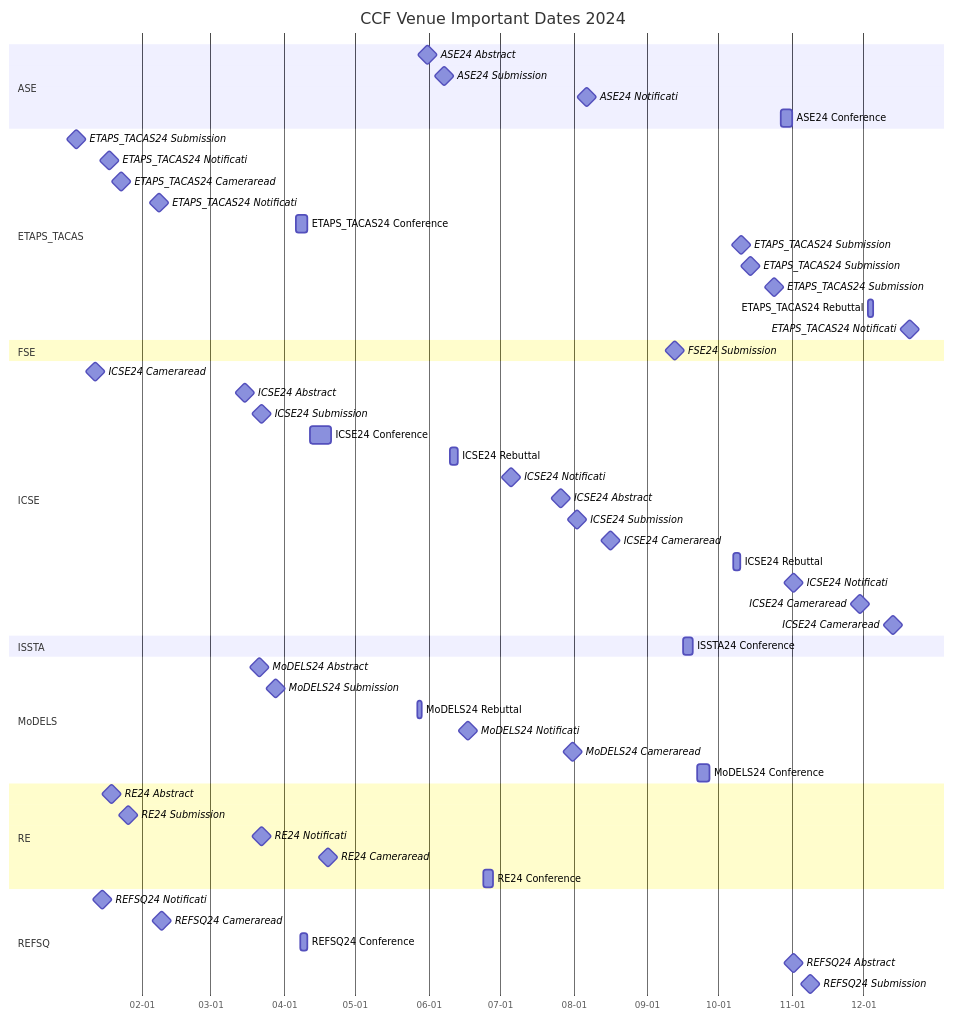
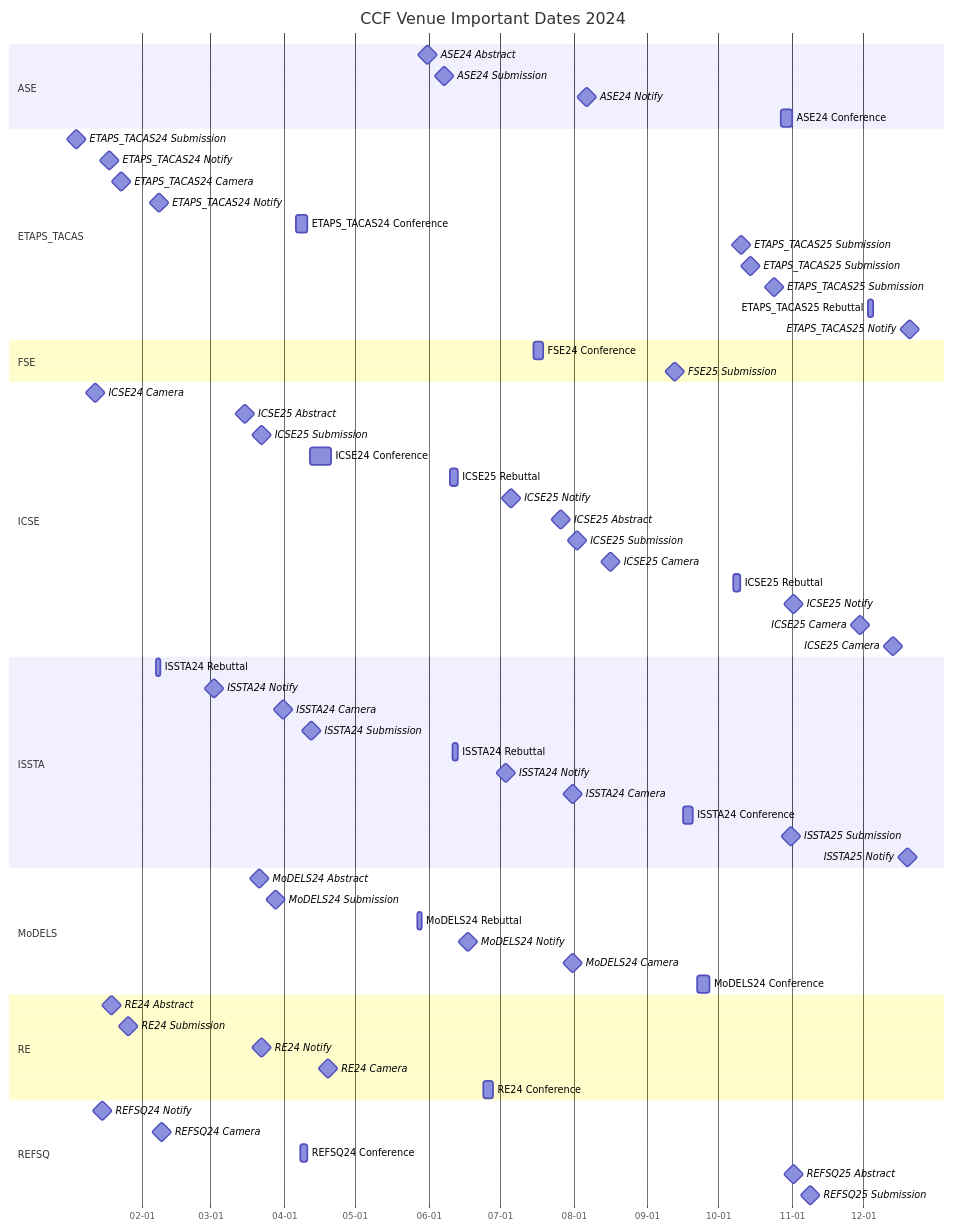
One commit to HansBug/research_ideas changed the fifth of 9 diagrams in ccf_venues/TIMELINE.md. Above: the diagram before and after it, drawn with Mermaid. The commit also changed other lines of this file and 41 other files, not shown here.

````diff
--- a/ccf_venues/TIMELINE.md
+++ b/ccf_venues/TIMELINE.md
@@ -454,68 +473,78 @@
 ```mermaid
 gantt
   title CCF Venue Important Dates 2024
   dateFormat YYYY-MM-DD
   axisFormat %m-%d
 
   section ASE
   ASE24 Abstract :milestone, ase_2024_1_20240531, 2024-05-31, 1d
   ASE24 Submission :milestone, ase_2024_2_20240607, 2024-06-07, 1d
-  ASE24 Notificati :milestone, ase_2024_3_20240806, 2024-08-06, 1d
+  ASE24 Notify :milestone, ase_2024_3_20240806, 2024-08-06, 1d
   ASE24 Conference :ase_2024_4_20241027, 2024-10-27, 2024-11-01
 
   section ETAPS_TACAS
   ETAPS_TACAS24 Submission :milestone, etaps_tacas_2024_1_20240104, 2024-01-04, 1d
-  ETAPS_TACAS24 Notificati :milestone, etaps_tacas_2024_2_20240118, 2024-01-18, 1d
-  ETAPS_TACAS24 Cameraread :milestone, etaps_tacas_2024_3_20240123, 2024-01-23, 1d
-  ETAPS_TACAS24 Notificati :milestone, etaps_tacas_2024_4_20240208, 2024-02-08, 1d
+  ETAPS_TACAS24 Notify :milestone, etaps_tacas_2024_2_20240118, 2024-01-18, 1d
+  ETAPS_TACAS24 Camera :milestone, etaps_tacas_2024_3_20240123, 2024-01-23, 1d
+  ETAPS_TACAS24 Notify :milestone, etaps_tacas_2024_4_20240208, 2024-02-08, 1d
   ETAPS_TACAS24 Conference :etaps_tacas_2024_5_20240406, 2024-04-06, 2024-04-11
-  ETAPS_TACAS24 Submission :milestone, etaps_tacas_2024_6_20241010, 2024-10-10, 1d
-  ETAPS_TACAS24 Submission :milestone, etaps_tacas_2024_7_20241014, 2024-10-14, 1d
-  ETAPS_TACAS24 Submission :milestone, etaps_tacas_2024_8_20241024, 2024-10-24, 1d
-  ETAPS_TACAS24 Rebuttal :etaps_tacas_2024_9_20241203, 2024-12-03, 2024-12-05
-  ETAPS_TACAS24 Notificati :milestone, etaps_tacas_2024_10_20241220, 2024-12-20, 1d
+  ETAPS_TACAS25 Submission :milestone, etaps_tacas_2024_6_20241010, 2024-10-10, 1d
+  ETAPS_TACAS25 Submission :milestone, etaps_tacas_2024_7_20241014, 2024-10-14, 1d
+  ETAPS_TACAS25 Submission :milestone, etaps_tacas_2024_8_20241024, 2024-10-24, 1d
+  ETAPS_TACAS25 Rebuttal :etaps_tacas_2024_9_20241203, 2024-12-03, 2024-12-05
+  ETAPS_TACAS25 Notify :milestone, etaps_tacas_2024_10_20241220, 2024-12-20, 1d
 
   section FSE
-  FSE24 Submission :milestone, fse_2024_1_20240912, 2024-09-12, 1d
+  FSE24 Conference :fse_2024_1_20240715, 2024-07-15, 2024-07-19
+  FSE25 Submission :milestone, fse_2024_2_20240912, 2024-09-12, 1d
 
   section ICSE
-  ICSE24 Cameraread :milestone, icse_2024_1_20240112, 2024-01-12, 1d
-  ICSE24 Abstract :milestone, icse_2024_2_20240315, 2024-03-15, 1d
-  ICSE24 Submission :milestone, icse_2024_3_20240322, 2024-03-22, 1d
+  ICSE24 Camera :milestone, icse_2024_1_20240112, 2024-01-12, 1d
+  ICSE25 Abstract :milestone, icse_2024_2_20240315, 2024-03-15, 1d
+  ICSE25 Submission :milestone, icse_2024_3_20240322, 2024-03-22, 1d
   ICSE24 Conference :icse_2024_4_20240412, 2024-04-12, 2024-04-21
-  ICSE24 Rebuttal :icse_2024_5_20240610, 2024-06-10, 2024-06-13
-  ICSE24 Notificati :milestone, icse_2024_6_20240705, 2024-07-05, 1d
-  ICSE24 Abstract :milestone, icse_2024_7_20240726, 2024-07-26, 1d
-  ICSE24 Submission :milestone, icse_2024_8_20240802, 2024-08-02, 1d
-  ICSE24 Cameraread :milestone, icse_2024_9_20240816, 2024-08-16, 1d
-  ICSE24 Rebuttal :icse_2024_10_20241007, 2024-10-07, 2024-10-10
-  ICSE24 Notificati :milestone, icse_2024_11_20241101, 2024-11-01, 1d
-  ICSE24 Cameraread :milestone, icse_2024_12_20241129, 2024-11-29, 1d
-  ICSE24 Cameraread :milestone, icse_2024_13_20241213, 2024-12-13, 1d
+  ICSE25 Rebuttal :icse_2024_5_20240610, 2024-06-10, 2024-06-13
+  ICSE25 Notify :milestone, icse_2024_6_20240705, 2024-07-05, 1d
+  ICSE25 Abstract :milestone, icse_2024_7_20240726, 2024-07-26, 1d
+  ICSE25 Submission :milestone, icse_2024_8_20240802, 2024-08-02, 1d
+  ICSE25 Camera :milestone, icse_2024_9_20240816, 2024-08-16, 1d
+  ICSE25 Rebuttal :icse_2024_10_20241007, 2024-10-07, 2024-10-10
+  ICSE25 Notify :milestone, icse_2024_11_20241101, 2024-11-01, 1d
+  ICSE25 Camera :milestone, icse_2024_12_20241129, 2024-11-29, 1d
+  ICSE25 Camera :milestone, icse_2024_13_20241213, 2024-12-13, 1d
 
   section ISSTA
-  ISSTA24 Conference :issta_2024_1_20240916, 2024-09-16, 2024-09-20
+  ISSTA24 Rebuttal :issta_2024_1_20240207, 2024-02-07, 2024-02-09
+  ISSTA24 Notify :milestone, issta_2024_2_20240302, 2024-03-02, 1d
+  ISSTA24 Camera :milestone, issta_2024_3_20240331, 2024-03-31, 1d
+  ISSTA24 Submission :milestone, issta_2024_4_20240412, 2024-04-12, 1d
+  ISSTA24 Rebuttal :issta_2024_5_20240611, 2024-06-11, 2024-06-13
+  ISSTA24 Notify :milestone, issta_2024_6_20240703, 2024-07-03, 1d
+  ISSTA24 Camera :milestone, issta_2024_7_20240731, 2024-07-31, 1d
+  ISSTA24 Conference :issta_2024_8_20240916, 2024-09-16, 2024-09-20
+  ISSTA25 Submission :milestone, issta_2024_9_20241031, 2024-10-31, 1d
+  ISSTA25 Notify :milestone, issta_2024_10_20241219, 2024-12-19, 1d
 
   section MoDELS
   MoDELS24 Abstract :milestone, models_2024_1_20240321, 2024-03-21, 1d
   MoDELS24 Submission :milestone, models_2024_2_20240328, 2024-03-28, 1d
   MoDELS24 Rebuttal :models_2024_3_20240527, 2024-05-27, 2024-05-29
-  MoDELS24 Notificati :milestone, models_2024_4_20240617, 2024-06-17, 1d
-  MoDELS24 Cameraread :milestone, models_2024_5_20240731, 2024-07-31, 1d
+  MoDELS24 Notify :milestone, models_2024_4_20240617, 2024-06-17, 1d
+  MoDELS24 Camera :milestone, models_2024_5_20240731, 2024-07-31, 1d
   MoDELS24 Conference :models_2024_6_20240922, 2024-09-22, 2024-09-27
 
   section RE
   RE24 Abstract :milestone, re_2024_1_20240119, 2024-01-19, 1d
   RE24 Submission :milestone, re_2024_2_20240126, 2024-01-26, 1d
-  RE24 Notificati :milestone, re_2024_3_20240322, 2024-03-22, 1d
-  RE24 Cameraread :milestone, re_2024_4_20240419, 2024-04-19, 1d
+  RE24 Notify :milestone, re_2024_3_20240322, 2024-03-22, 1d
+  RE24 Camera :milestone, re_2024_4_20240419, 2024-04-19, 1d
   RE24 Conference :re_2024_5_20240624, 2024-06-24, 2024-06-28
 
   section REFSQ
-  REFSQ24 Notificati :milestone, refsq_2024_1_20240115, 2024-01-15, 1d
-  REFSQ24 Cameraread :milestone, refsq_2024_2_20240209, 2024-02-09, 1d
+  REFSQ24 Notify :milestone, refsq_2024_1_20240115, 2024-01-15, 1d
+  REFSQ24 Camera :milestone, refsq_2024_2_20240209, 2024-02-09, 1d
   REFSQ24 Conference :refsq_2024_3_20240408, 2024-04-08, 2024-04-11
-  REFSQ24 Abstract :milestone, refsq_2024_4_20241101, 2024-11-01, 1d
-  REFSQ24 Submission :milestone, refsq_2024_5_20241108, 2024-11-08, 1d
+  REFSQ25 Abstract :milestone, refsq_2024_4_20241101, 2024-11-01, 1d
+  REFSQ25 Submission :milestone, refsq_2024_5_20241108, 2024-11-08, 1d
 
 ```
````
